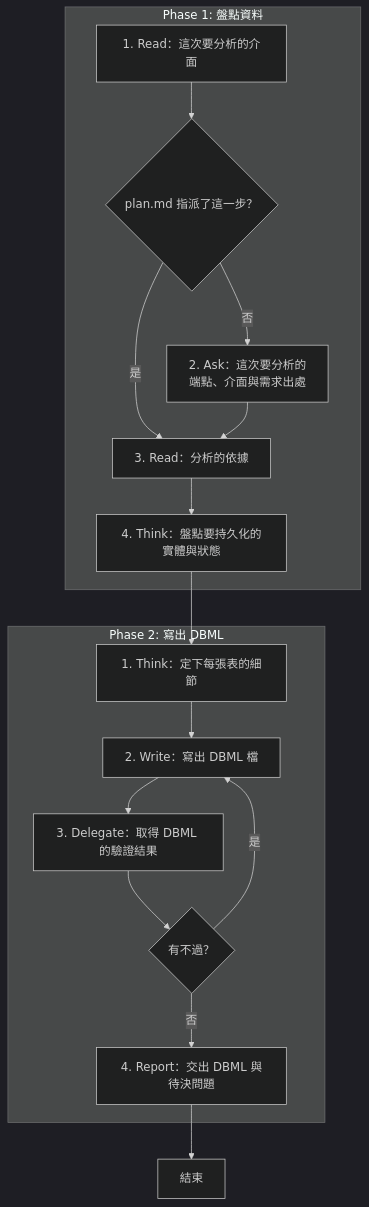
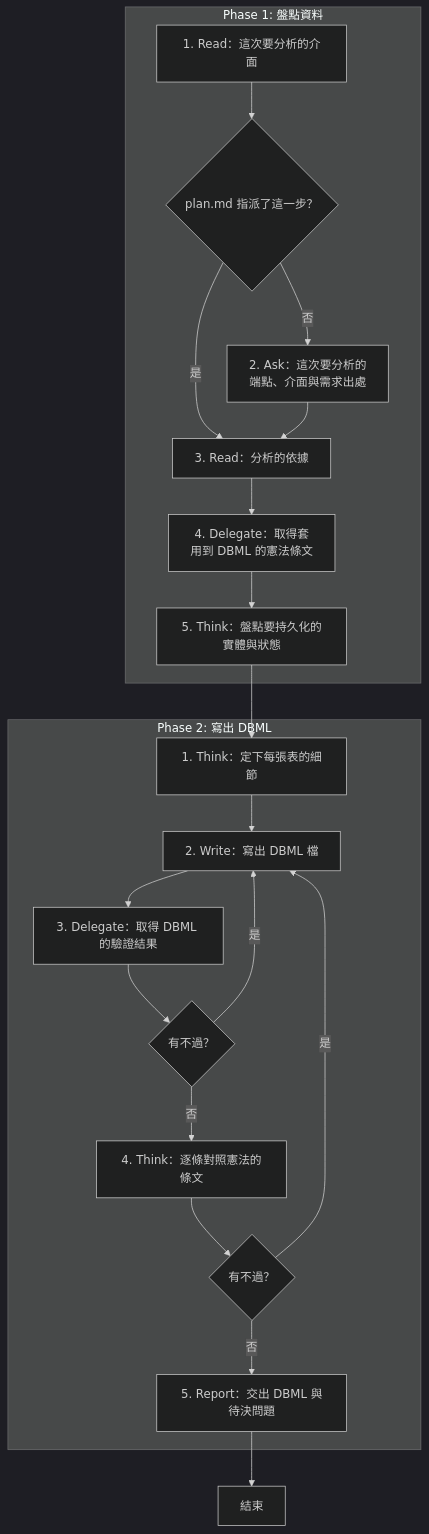
The diagram in .claude/skills/data-plan/SKILL.md (AI-x-BDD/BDGG-Dev-Skills), drawn with Mermaid (dark theme) before and after one commit. The commit also changed other lines of this file and 31 other files, not shown here.

````diff
--- a/.claude/skills/data-plan/SKILL.md
+++ b/.claude/skills/data-plan/SKILL.md
@@ -23,30 +25,37 @@
 ```mermaid
 flowchart TD
     subgraph P1["Phase 1: 盤點資料"]
         P1S1["1. Read：這次要分析的介面"]
         G_P1S1_1{"plan.md 指派了這一步？"}
         P1S2["2. Ask：這次要分析的<br/>端點、介面與需求出處"]
         P1S3["3. Read：分析的依據"]
-        P1S4["4. Think：盤點要持久化的實體與狀態"]
+        P1S4["4. Delegate：取得套<br/>用到 DBML 的憲法條文"]
+        P1S5["5. Think：盤點要持久化的實體與狀態"]
     end
     subgraph P2["Phase 2: 寫出 DBML"]
         P2S1["1. Think：定下每張表的細節"]
         P2S2["2. Write：寫出 DBML 檔"]
         P2S3["3. Delegate：取得 DBML 的驗證結果"]
         G_P2S3_1{"有不過？"}
-        P2S4["4. Report：交出 DBML 與待決問題"]
+        P2S4["4. Think：逐條對照憲法的條文"]
+        G_P2S4_1{"有不過？"}
+        P2S5["5. Report：交出 DBML 與待決問題"]
     end
     End["結束"]
     P1S1 --> G_P1S1_1
     G_P1S1_1 -->|是| P1S3
     G_P1S1_1 -->|否| P1S2
     P1S2 --> P1S3
     P1S3 --> P1S4
-    P1S4 --> P2S1
+    P1S4 --> P1S5
+    P1S5 --> P2S1
     P2S1 --> P2S2
     P2S2 --> P2S3
     P2S3 --> G_P2S3_1
     G_P2S3_1 -->|是| P2S2
     G_P2S3_1 -->|否| P2S4
-    P2S4 --> End
+    P2S4 --> G_P2S4_1
+    G_P2S4_1 -->|是| P2S2
+    G_P2S4_1 -->|否| P2S5
+    P2S5 --> End
 ```
````
